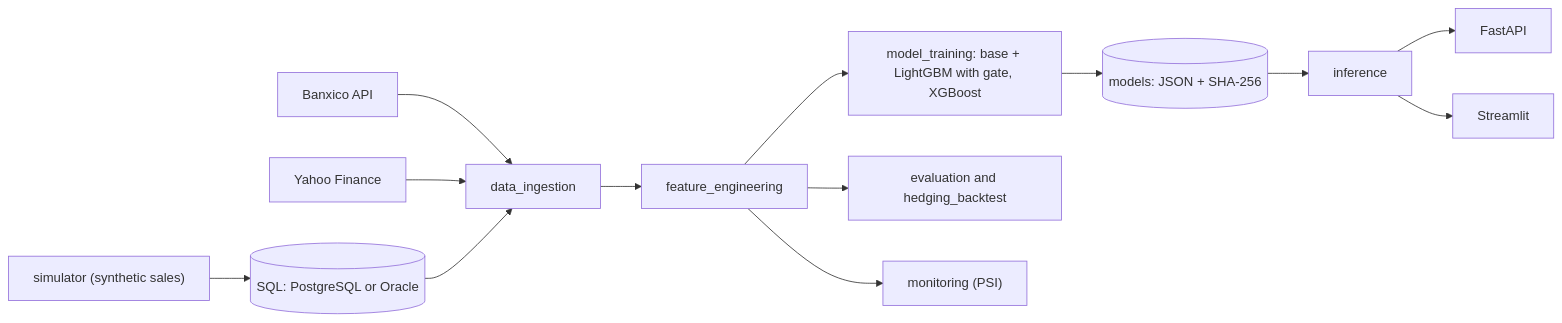
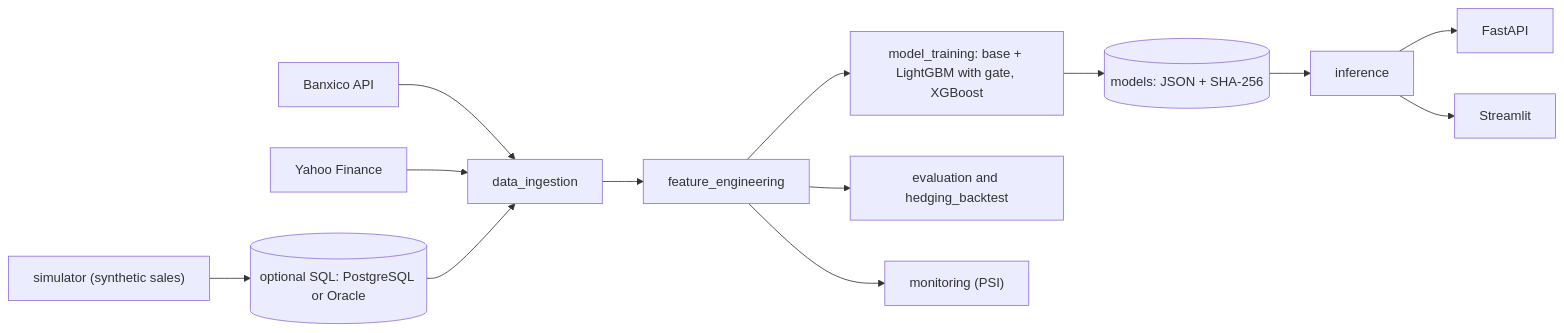
One commit to JyH-IA/fx-cashflow-hedging-forecast changed the diagram in README.md. Above: the diagram before and after it, drawn with Mermaid. The commit also changed other lines of this file and 5 other files, not shown here.

````diff
--- a/README.md
+++ b/README.md
@@ -86,15 +107,15 @@
 ```mermaid
 flowchart LR
     BX["Banxico API"] --> ING["data_ingestion"]
     YF["Yahoo Finance"] --> ING
-    SIM["simulator (synthetic sales)"] --> DB[("SQL: PostgreSQL or Oracle")]
+    SIM["simulator (synthetic sales)"] --> DB[("optional SQL: PostgreSQL or Oracle")]
     DB --> ING
     ING --> FE["feature_engineering"]
     FE --> TR["model_training: base + LightGBM with gate, XGBoost"]
     TR --> ART[("models: JSON + SHA-256")]
     ART --> INF["inference"]
     INF --> API["FastAPI"]
     INF --> UI["Streamlit"]
     FE --> EV["evaluation and hedging_backtest"]
     FE --> MON["monitoring (PSI)"]
 ```
````
